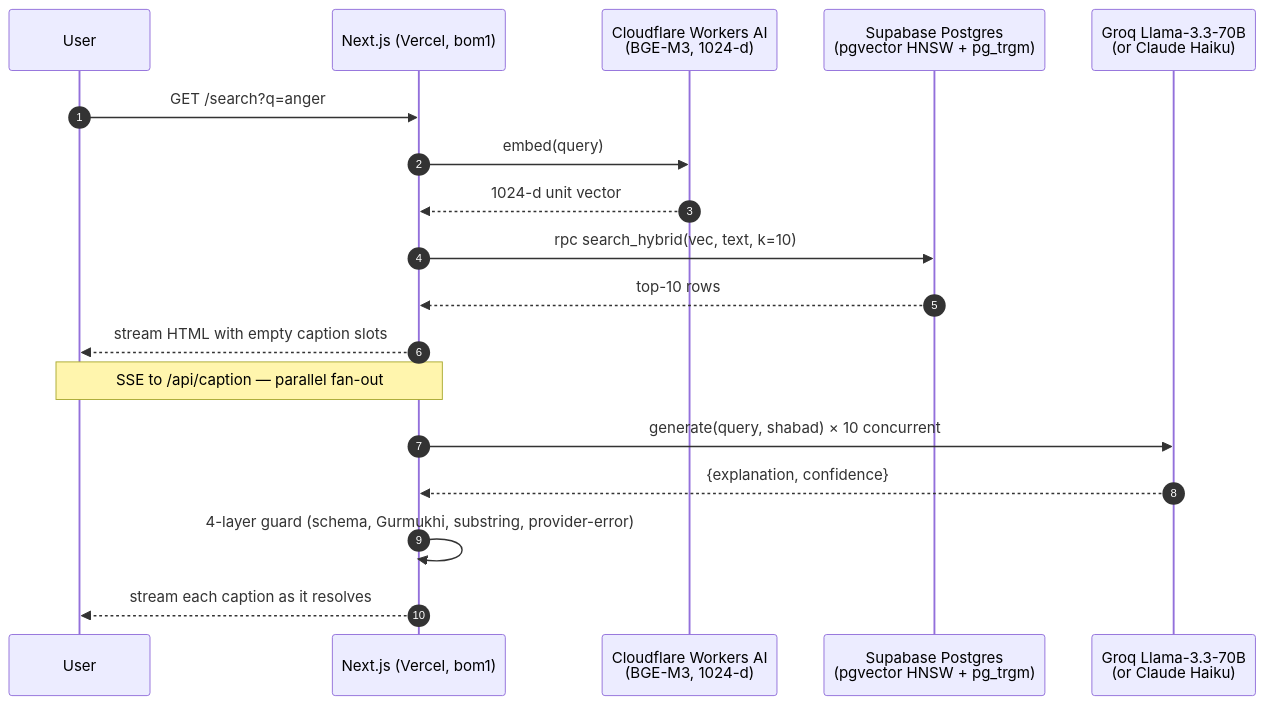
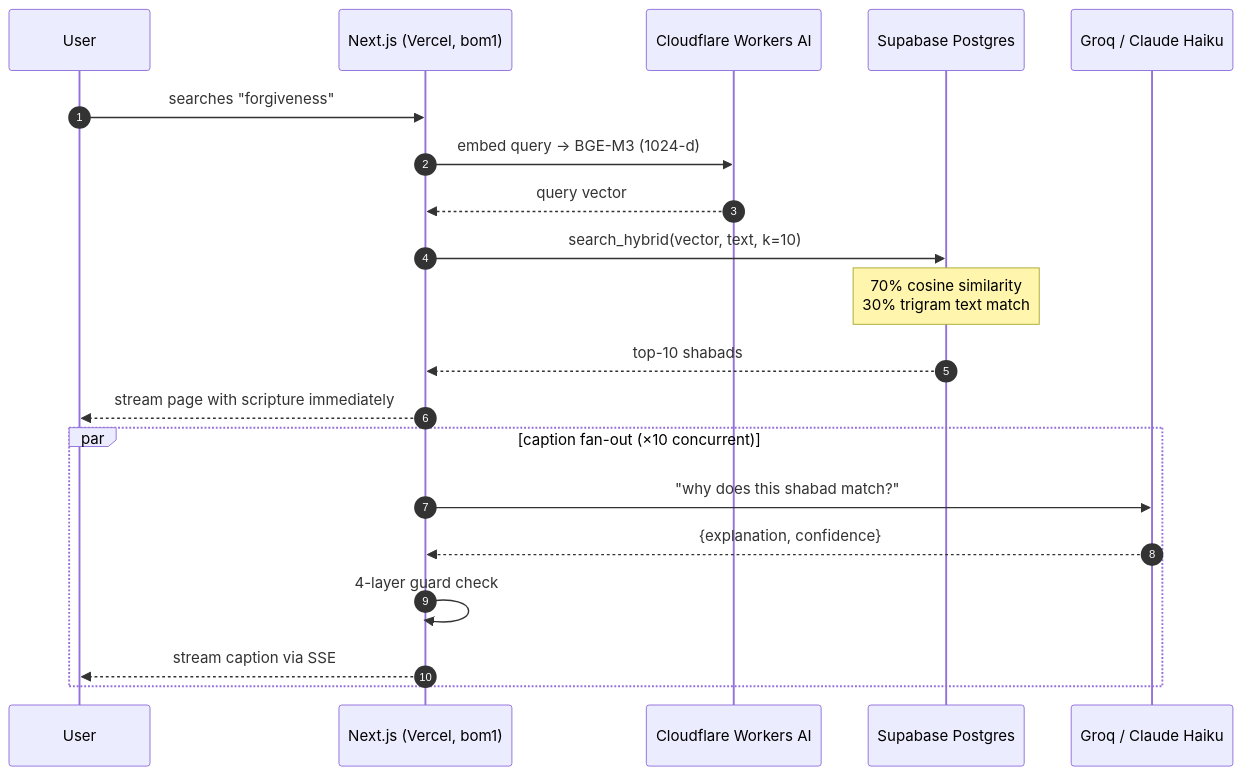
Before and after one commit to aman751997/gurbani-search: the diagram in README.md, drawn with Mermaid. The commit also changed other lines of this file and 2 other files, not shown here.

Commit message:
rewrite README — screenshots, mermaid diagram, live URL

````diff
--- a/README.md
+++ b/README.md
@@ -13,21 +49,23 @@
 ```mermaid
 sequenceDiagram
     autonumber
     participant U as User
     participant V as Next.js (Vercel, bom1)
-    participant CF as Cloudflare Workers AI<br/>(BGE-M3, 1024-d)
-    participant PG as Supabase Postgres<br/>(pgvector HNSW + pg_trgm)
-    participant LM as Groq Llama-3.3-70B<br/>(or Claude Haiku)
+    participant CF as Cloudflare Workers AI
+    participant PG as Supabase Postgres
+    participant LM as Groq / Claude Haiku
 
-    U->>V: GET /search?q=anger
-    V->>CF: embed(query)
-    CF-->>V: 1024-d unit vector
-    V->>PG: rpc search_hybrid(vec, text, k=10)
-    PG-->>V: top-10 rows
-    V-->>U: stream HTML with empty caption slots
-    Note over V,U: SSE to /api/caption — parallel fan-out
-    V->>LM: generate(query, shabad) × 10 concurrent
-    LM-->>V: {explanation, confidence}
-    V->>V: 4-layer guard (schema, Gurmukhi, substring, provider-error)
-    V-->>U: stream each caption as it resolves
+    U->>V: searches "forgiveness"
+    V->>CF: embed query → BGE-M3 (1024-d)
+    CF-->>V: query vector
+    V->>PG: search_hybrid(vector, text, k=10)
+    Note over PG: 70% cosine similarity<br/>30% trigram text match
+    PG-->>V: top-10 shabads
+    V-->>U: stream page with scripture immediately
+    par caption fan-out (×10 concurrent)
+        V->>LM: "why does this shabad match?"
+        LM-->>V: {explanation, confidence}
+        V->>V: 4-layer guard check
+        V-->>U: stream caption via SSE
+    end
 ```
````
